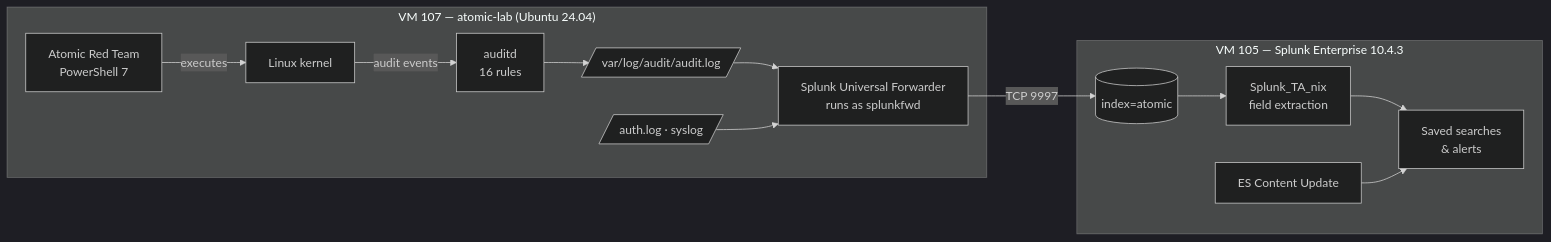
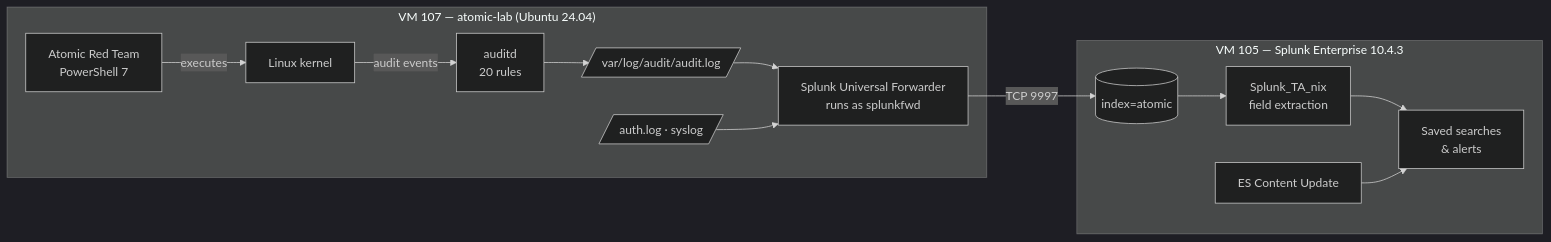
One commit to LEFTSHARK3808/Homelab changed the diagram in detection-lab/README.md. Above: the diagram before and after it, drawn with Mermaid (dark theme). The commit also changed other lines of this file and 12 other files, not shown here.

````diff
--- a/detection-lab/README.md
+++ b/detection-lab/README.md
@@ -7,17 +8,17 @@
 ```mermaid
 flowchart LR
     subgraph T["VM 107 — atomic-lab (Ubuntu 24.04)"]
         ART[Atomic Red Team<br/>PowerShell 7] -->|executes| K[Linux kernel]
-        K -->|audit events| AD[auditd<br/>16 rules]
+        K -->|audit events| AD[auditd<br/>20 rules]
         AD --> LOG[/var/log/audit/audit.log/]
         UF[Splunk Universal Forwarder<br/>runs as splunkfwd]
         LOG --> UF
         AUTH[/auth.log · syslog/] --> UF
     end
     UF -->|TCP 9997| IDX
     subgraph S["VM 105 — Splunk Enterprise 10.4.3"]
         IDX[(index=atomic)] --> TA[Splunk_TA_nix<br/>field extraction]
         TA --> DET[Saved searches<br/>& alerts]
         ESCU[ES Content Update] --> DET
     end
 ```
````
